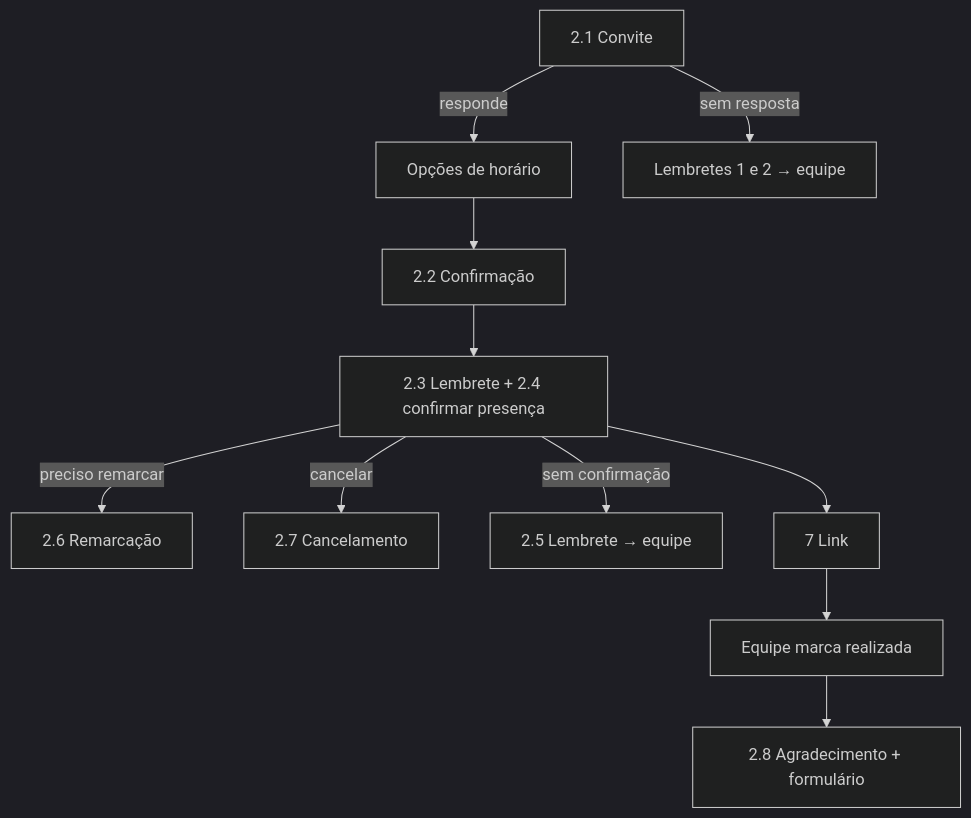
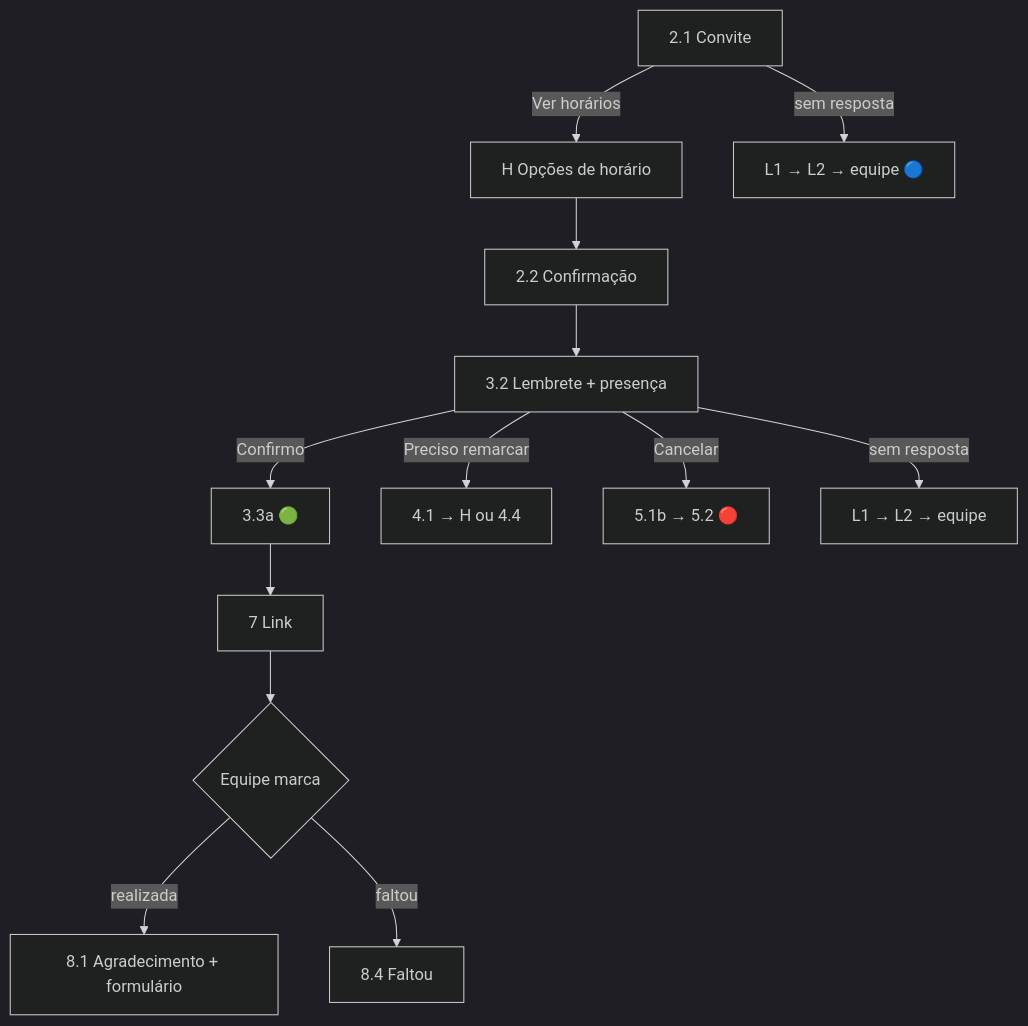
One commit to thompsoncysneiros/json-server-template changed the second of 2 diagrams in docs/MENSAGENS.md. Above: the diagram before and after it, drawn with Mermaid (dark theme). The commit also changed other lines of this file and 3 other files, not shown here.

````diff
--- a/docs/MENSAGENS.md
+++ b/docs/MENSAGENS.md
@@ -295,13 +474,15 @@
 ```mermaid
 flowchart TD
-    A[2.1 Convite] -->|responde| B[Opções de horário]
-    A -->|sem resposta| L[Lembretes 1 e 2 → equipe]
-    B --> C[2.2 Confirmação]
-    C --> LC[2.3 Lembrete + 2.4 confirmar presença]
-    LC -->|preciso remarcar| R[2.6 Remarcação]
-    LC -->|cancelar| X[2.7 Cancelamento]
-    LC -->|sem confirmação| L2[2.5 Lembrete → equipe]
-    LC --> LK[7 Link]
-    LK --> F[Equipe marca realizada]
-    F --> AV[2.8 Agradecimento + formulário]
+    A[2.1 Convite] -->|Ver horários| H[H Opções de horário]
+    A -->|sem resposta| L[L1 → L2 → equipe 🔵]
+    H --> C[2.2 Confirmação]
+    C --> LC[3.2 Lembrete + presença]
+    LC -->|Confirmo| OK[3.3a 🟢]
+    LC -->|Preciso remarcar| RM[4.1 → H ou 4.4]
+    LC -->|Cancelar| X[5.1b → 5.2 🔴]
+    LC -->|sem resposta| L2[L1 → L2 → equipe]
+    OK --> LK[7 Link]
+    LK --> R{Equipe marca}
+    R -->|realizada| AV[8.1 Agradecimento + formulário]
+    R -->|faltou| F[8.4 Faltou]
 ```
````
